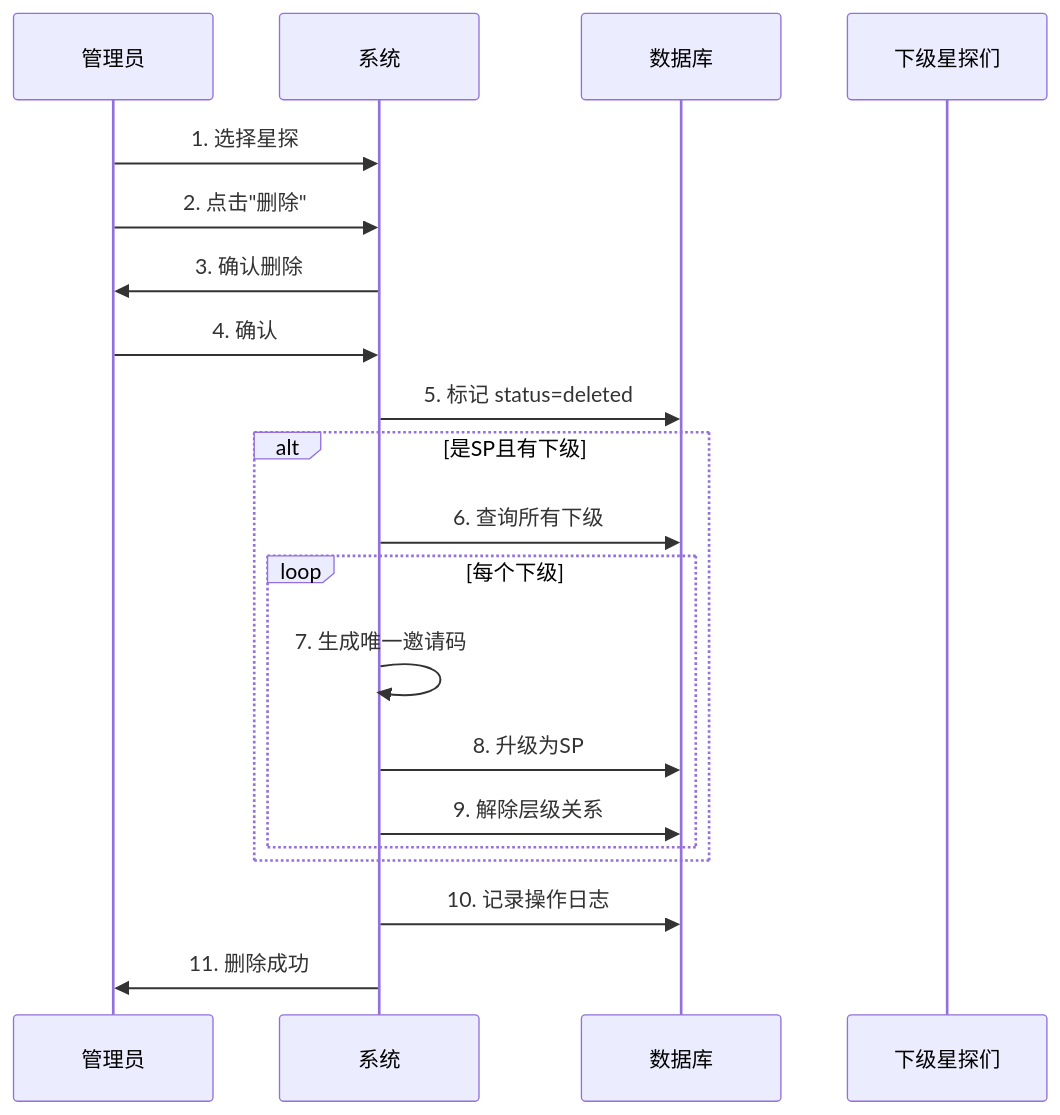
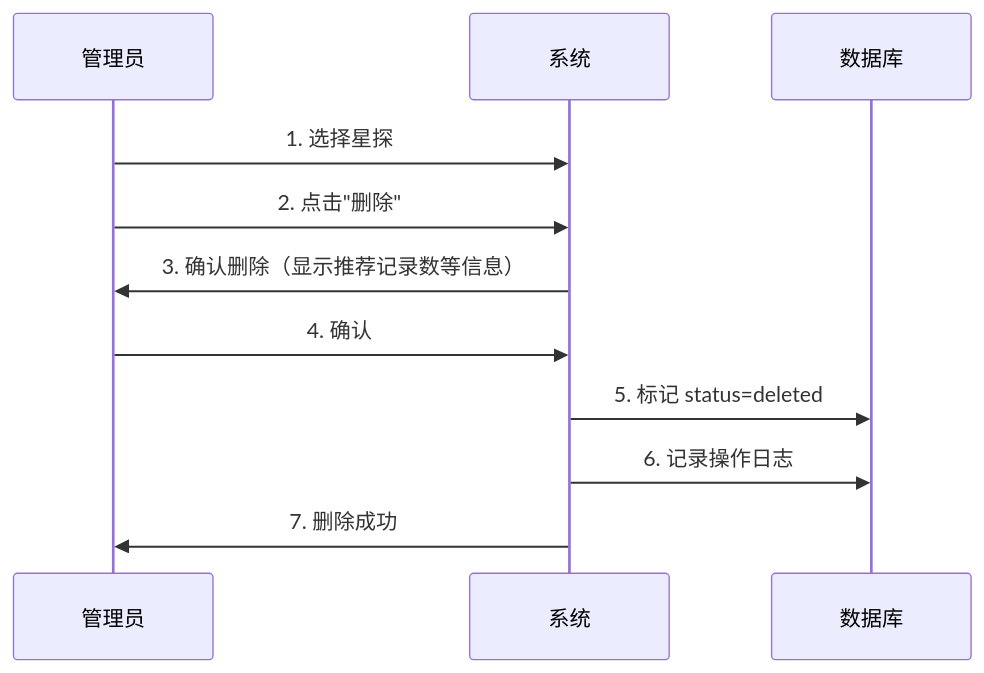
Before and after one commit to chzhh393/aomi-star: diagram 15 of 20 in docs/guides/business/workflows/business-processes-overview.md, drawn with Mermaid. The commit also changed other lines of this file and 47 other files, not shown here.

````diff
--- a/docs/guides/business/workflows/business-processes-overview.md
+++ b/docs/guides/business/workflows/business-processes-overview.md
@@ -1805,26 +1724,15 @@
 ```mermaid
 sequenceDiagram
     participant AD as 管理员
     participant SYS as 系统
     participant DB as 数据库
-    participant CS as 下级星探们
-    
+
     AD->>SYS: 1. 选择星探
     AD->>SYS: 2. 点击"删除"
-    SYS->>AD: 3. 确认删除
+    SYS->>AD: 3. 确认删除（显示推荐记录数等信息）
     AD->>SYS: 4. 确认
-    
+
     SYS->>DB: 5. 标记 status=deleted
-    
-    alt 是SP且有下级
-        SYS->>DB: 6. 查询所有下级
-        loop 每个下级
-            SYS->>SYS: 7. 生成唯一邀请码
-            SYS->>DB: 8. 升级为SP
-            SYS->>DB: 9. 解除层级关系
-        end
-    end
-    
-    SYS->>DB: 10. 记录操作日志
-    SYS->>AD: 11. 删除成功
+    SYS->>DB: 6. 记录操作日志
+    SYS->>AD: 7. 删除成功
 ```
````
